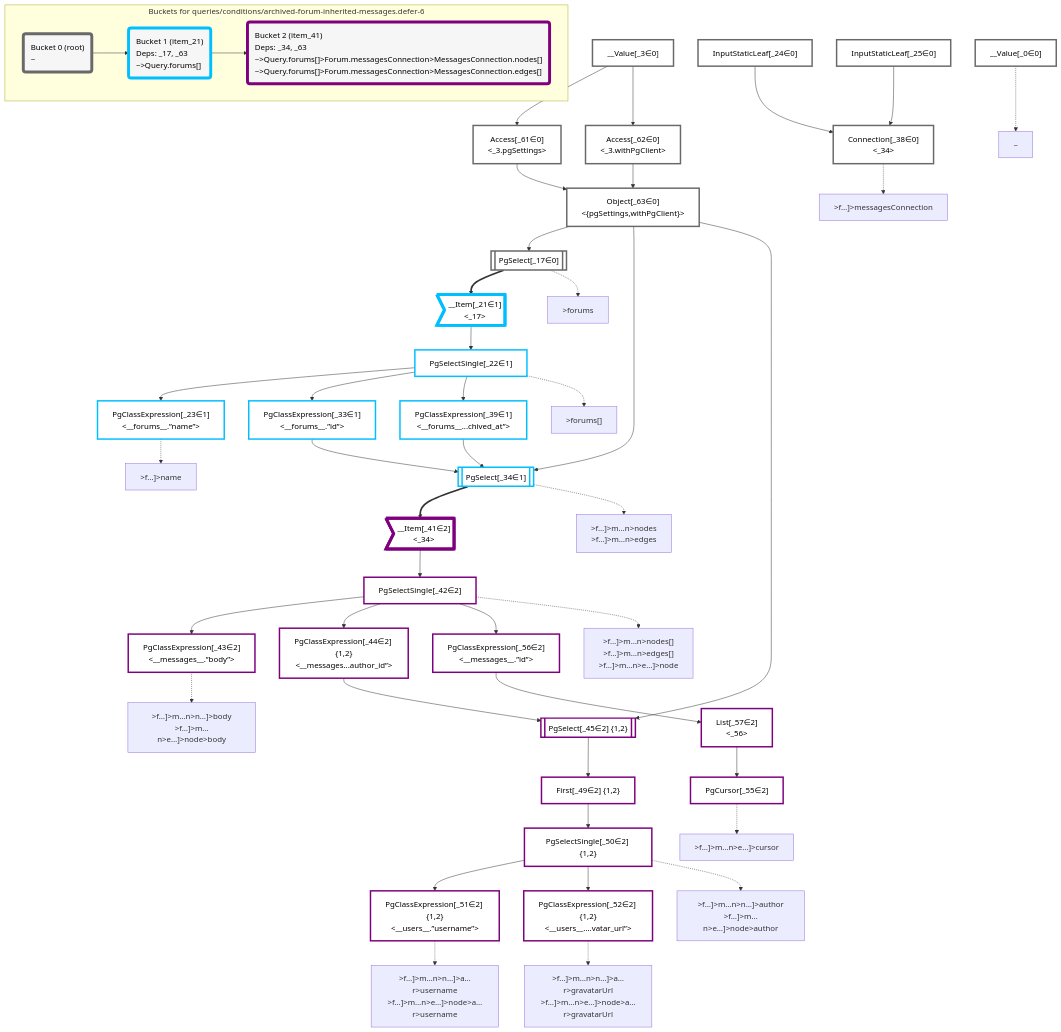
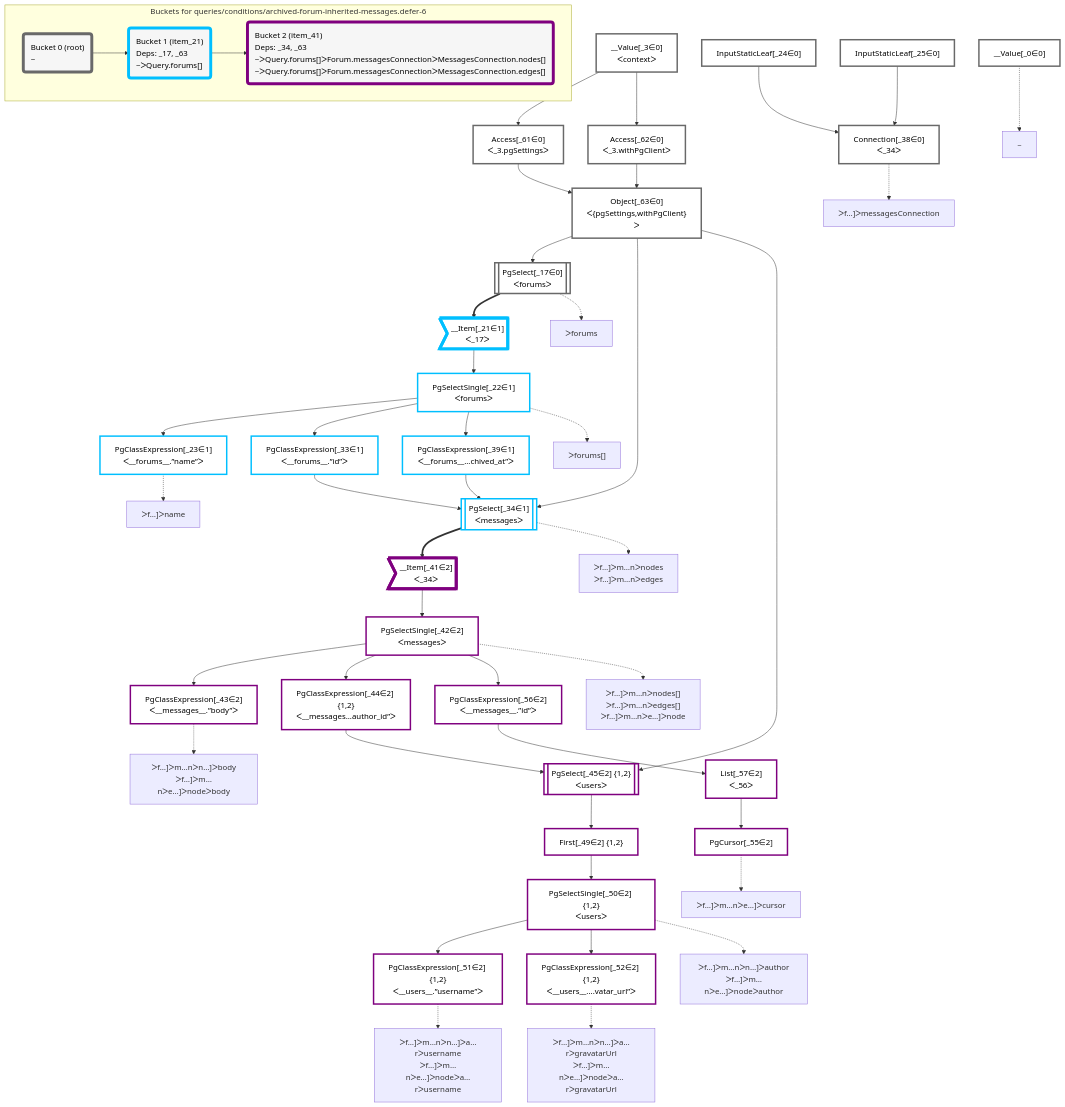
Before and after one commit to graphile/crystal: the diagram in packages/dataplan-pg/__tests__/queries/conditions/archived-forum-inherited-messages.defer-6.deopt.mermaid.md, drawn with Mermaid. The commit also changed 195 other files, not shown here.

```diff
--- a/packages/dataplan-pg/__tests__/queries/conditions/archived-forum-inherited-messages.defer-6.deopt.mermaid.md
+++ b/packages/dataplan-pg/__tests__/queries/conditions/archived-forum-inherited-messages.defer-6.deopt.mermaid.md
@@ -9,32 +9,32 @@
 
     %% define plans
     __Value_0["__Value[_0∈0]"]:::plan
-    __Value_3["__Value[_3∈0]<br /><context>"]:::plan
-    PgSelect_17[["PgSelect[_17∈0]<br /><forums>"]]:::plan
-    __Item_21>"__Item[_21∈1]<br /><_17>"]:::itemplan
-    PgSelectSingle_22["PgSelectSingle[_22∈1]<br /><forums>"]:::plan
-    PgClassExpression_23["PgClassExpression[_23∈1]<br /><__forums__.”name”>"]:::plan
+    __Value_3["__Value[_3∈0]<br />ᐸcontextᐳ"]:::plan
+    PgSelect_17[["PgSelect[_17∈0]<br />ᐸforumsᐳ"]]:::plan
+    __Item_21>"__Item[_21∈1]<br />ᐸ_17ᐳ"]:::itemplan
+    PgSelectSingle_22["PgSelectSingle[_22∈1]<br />ᐸforumsᐳ"]:::plan
+    PgClassExpression_23["PgClassExpression[_23∈1]<br />ᐸ__forums__.”name”ᐳ"]:::plan
     InputStaticLeaf_24["InputStaticLeaf[_24∈0]"]:::plan
     InputStaticLeaf_25["InputStaticLeaf[_25∈0]"]:::plan
-    PgClassExpression_33["PgClassExpression[_33∈1]<br /><__forums__.”id”>"]:::plan
-    PgSelect_34[["PgSelect[_34∈1]<br /><messages>"]]:::plan
-    Connection_38["Connection[_38∈0]<br /><_34>"]:::plan
-    PgClassExpression_39["PgClassExpression[_39∈1]<br /><__forums__...chived_at”>"]:::plan
-    __Item_41>"__Item[_41∈2]<br /><_34>"]:::itemplan
-    PgSelectSingle_42["PgSelectSingle[_42∈2]<br /><messages>"]:::plan
-    PgClassExpression_43["PgClassExpression[_43∈2]<br /><__messages__.”body”>"]:::plan
-    PgClassExpression_44["PgClassExpression[_44∈2] {1,2}<br /><__messages...author_id”>"]:::plan
-    PgSelect_45[["PgSelect[_45∈2] {1,2}<br /><users>"]]:::plan
+    PgClassExpression_33["PgClassExpression[_33∈1]<br />ᐸ__forums__.”id”ᐳ"]:::plan
+    PgSelect_34[["PgSelect[_34∈1]<br />ᐸmessagesᐳ"]]:::plan
+    Connection_38["Connection[_38∈0]<br />ᐸ_34ᐳ"]:::plan
+    PgClassExpression_39["PgClassExpression[_39∈1]<br />ᐸ__forums__...chived_at”ᐳ"]:::plan
+    __Item_41>"__Item[_41∈2]<br />ᐸ_34ᐳ"]:::itemplan
+    PgSelectSingle_42["PgSelectSingle[_42∈2]<br />ᐸmessagesᐳ"]:::plan
+    PgClassExpression_43["PgClassExpression[_43∈2]<br />ᐸ__messages__.”body”ᐳ"]:::plan
+    PgClassExpression_44["PgClassExpression[_44∈2] {1,2}<br />ᐸ__messages...author_id”ᐳ"]:::plan
+    PgSelect_45[["PgSelect[_45∈2] {1,2}<br />ᐸusersᐳ"]]:::plan
     First_49["First[_49∈2] {1,2}"]:::plan
-    PgSelectSingle_50["PgSelectSingle[_50∈2] {1,2}<br /><users>"]:::plan
-    PgClassExpression_51["PgClassExpression[_51∈2] {1,2}<br /><__users__.”username”>"]:::plan
-    PgClassExpression_52["PgClassExpression[_52∈2] {1,2}<br /><__users__....vatar_url”>"]:::plan
+    PgSelectSingle_50["PgSelectSingle[_50∈2] {1,2}<br />ᐸusersᐳ"]:::plan
+    PgClassExpression_51["PgClassExpression[_51∈2] {1,2}<br />ᐸ__users__.”username”ᐳ"]:::plan
+    PgClassExpression_52["PgClassExpression[_52∈2] {1,2}<br />ᐸ__users__....vatar_url”ᐳ"]:::plan
     PgCursor_55["PgCursor[_55∈2]"]:::plan
-    PgClassExpression_56["PgClassExpression[_56∈2]<br /><__messages__.”id”>"]:::plan
-    List_57["List[_57∈2]<br /><_56>"]:::plan
-    Access_61["Access[_61∈0]<br /><_3.pgSettings>"]:::plan
-    Access_62["Access[_62∈0]<br /><_3.withPgClient>"]:::plan
-    Object_63["Object[_63∈0]<br /><{pgSettings,withPgClient}>"]:::plan
+    PgClassExpression_56["PgClassExpression[_56∈2]<br />ᐸ__messages__.”id”ᐳ"]:::plan
+    List_57["List[_57∈2]<br />ᐸ_56ᐳ"]:::plan
+    Access_61["Access[_61∈0]<br />ᐸ_3.pgSettingsᐳ"]:::plan
+    Access_62["Access[_62∈0]<br />ᐸ_3.withPgClientᐳ"]:::plan
+    Object_63["Object[_63∈0]<br />ᐸ{pgSettings,withPgClient}ᐳ"]:::plan
 
     %% plan dependencies
     Object_63 --> PgSelect_17
@@ -69,27 +69,27 @@
     %% plan-to-path relationships
     P_0["~"]
     __Value_0 -.-> P_0
-    P_17[">forums"]
+    P_17["ᐳforums"]
     PgSelect_17 -.-> P_17
-    P_22[">forums[]"]
+    P_22["ᐳforums[]"]
     PgSelectSingle_22 -.-> P_22
-    P_23[">f…]>name"]
+    P_23["ᐳf…]ᐳname"]
     PgClassExpression_23 -.-> P_23
-    P_34[">f…]>m…n>nodes<br />>f…]>m…n>edges"]
+    P_34["ᐳf…]ᐳm…nᐳnodes<br />ᐳf…]ᐳm…nᐳedges"]
     PgSelect_34 -.-> P_34
-    P_38[">f…]>messagesConnection"]
+    P_38["ᐳf…]ᐳmessagesConnection"]
     Connection_38 -.-> P_38
-    P_42[">f…]>m…n>nodes[]<br />>f…]>m…n>edges[]<br />>f…]>m…n>e…]>node"]
+    P_42["ᐳf…]ᐳm…nᐳnodes[]<br />ᐳf…]ᐳm…nᐳedges[]<br />ᐳf…]ᐳm…nᐳe…]ᐳnode"]
     PgSelectSingle_42 -.-> P_42
-    P_43[">f…]>m…n>n…]>body<br />>f…]>m…n>e…]>node>body"]
+    P_43["ᐳf…]ᐳm…nᐳn…]ᐳbody<br />ᐳf…]ᐳm…nᐳe…]ᐳnodeᐳbody"]
     PgClassExpression_43 -.-> P_43
-    P_50[">f…]>m…n>n…]>author<br />>f…]>m…n>e…]>node>author"]
+    P_50["ᐳf…]ᐳm…nᐳn…]ᐳauthor<br />ᐳf…]ᐳm…nᐳe…]ᐳnodeᐳauthor"]
     PgSelectSingle_50 -.-> P_50
-    P_51[">f…]>m…n>n…]>a…r>username<br />>f…]>m…n>e…]>node>a…r>username"]
+    P_51["ᐳf…]ᐳm…nᐳn…]ᐳa…rᐳusername<br />ᐳf…]ᐳm…nᐳe…]ᐳnodeᐳa…rᐳusername"]
     PgClassExpression_51 -.-> P_51
-    P_52[">f…]>m…n>n…]>a…r>gravatarUrl<br />>f…]>m…n>e…]>node>a…r>gravatarUrl"]
+    P_52["ᐳf…]ᐳm…nᐳn…]ᐳa…rᐳgravatarUrl<br />ᐳf…]ᐳm…nᐳe…]ᐳnodeᐳa…rᐳgravatarUrl"]
     PgClassExpression_52 -.-> P_52
-    P_55[">f…]>m…n>e…]>cursor"]
+    P_55["ᐳf…]ᐳm…nᐳe…]ᐳcursor"]
     PgCursor_55 -.-> P_55
 
     %% allocate buckets
@@ -103,10 +103,10 @@
     subgraph "Buckets for queries/conditions/archived-forum-inherited-messages.defer-6"
     Bucket0("Bucket 0 (root)<br />~"):::bucket
     style Bucket0 stroke:#696969
-    Bucket1("Bucket 1 (item_21)<br />Deps: _17, _63<br />~>Query.forums[]"):::bucket
+    Bucket1("Bucket 1 (item_21)<br />Deps: _17, _63<br />~ᐳQuery.forums[]"):::bucket
     style Bucket1 stroke:#00bfff
     Bucket0 --> Bucket1
-    Bucket2("Bucket 2 (item_41)<br />Deps: _34, _63<br />~>Query.forums[]>Forum.messagesConnection>MessagesConnection.nodes[]<br />~>Query.forums[]>Forum.messagesConnection>MessagesConnection.edges[]"):::bucket
+    Bucket2("Bucket 2 (item_41)<br />Deps: _34, _63<br />~ᐳQuery.forums[]ᐳForum.messagesConnectionᐳMessagesConnection.nodes[]<br />~ᐳQuery.forums[]ᐳForum.messagesConnectionᐳMessagesConnection.edges[]"):::bucket
     style Bucket2 stroke:#7f007f
     Bucket1 --> Bucket2
     end
```
